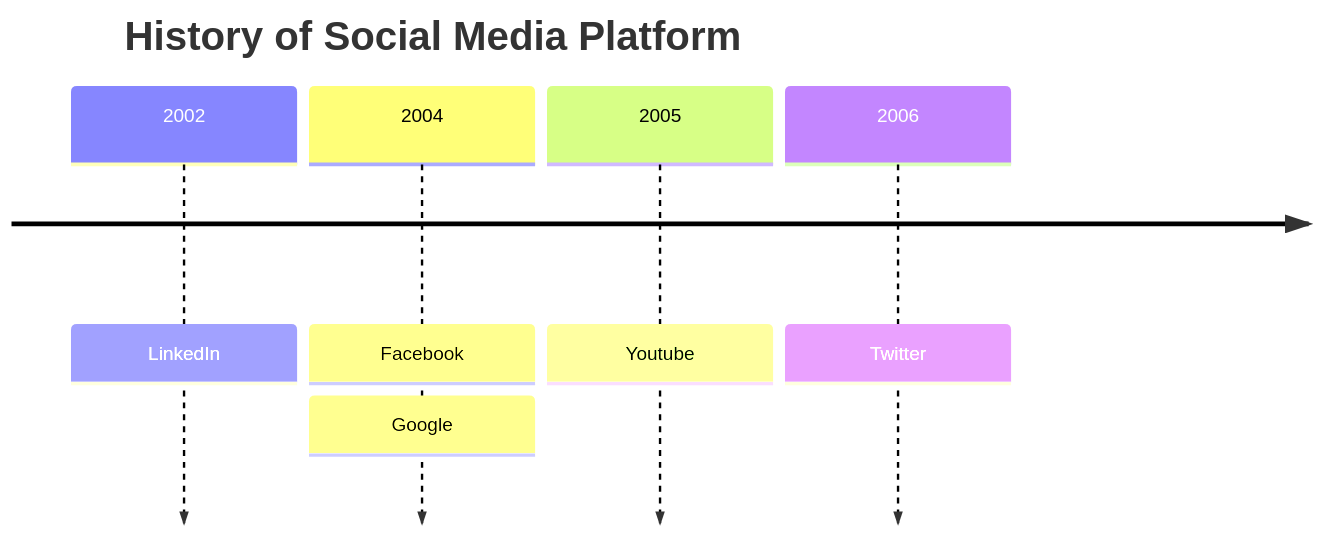
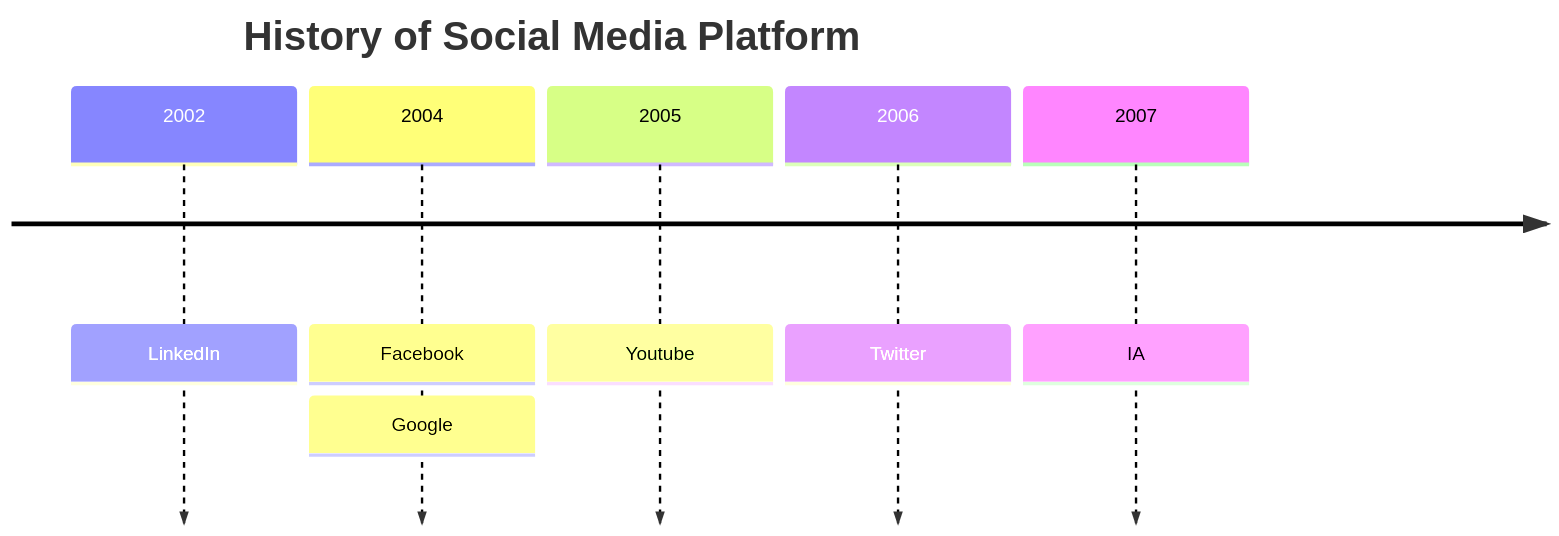
The diagram in plantillas/diagrama_timeline.md (sanchezluys/Plantillas-de-Diagramas-y-Esquemas-para-mi-README.MD), drawn with Mermaid before and after one commit.

````diff
--- a/plantillas/diagrama_timeline.md
+++ b/plantillas/diagrama_timeline.md
@@ -1,8 +1,9 @@
 ```mermaid
 timeline
     title History of Social Media Platform
     2002 : LinkedIn
     2004 : Facebook : Google
     2005 : Youtube
     2006 : Twitter
+    2007 : IA
 ```
````
